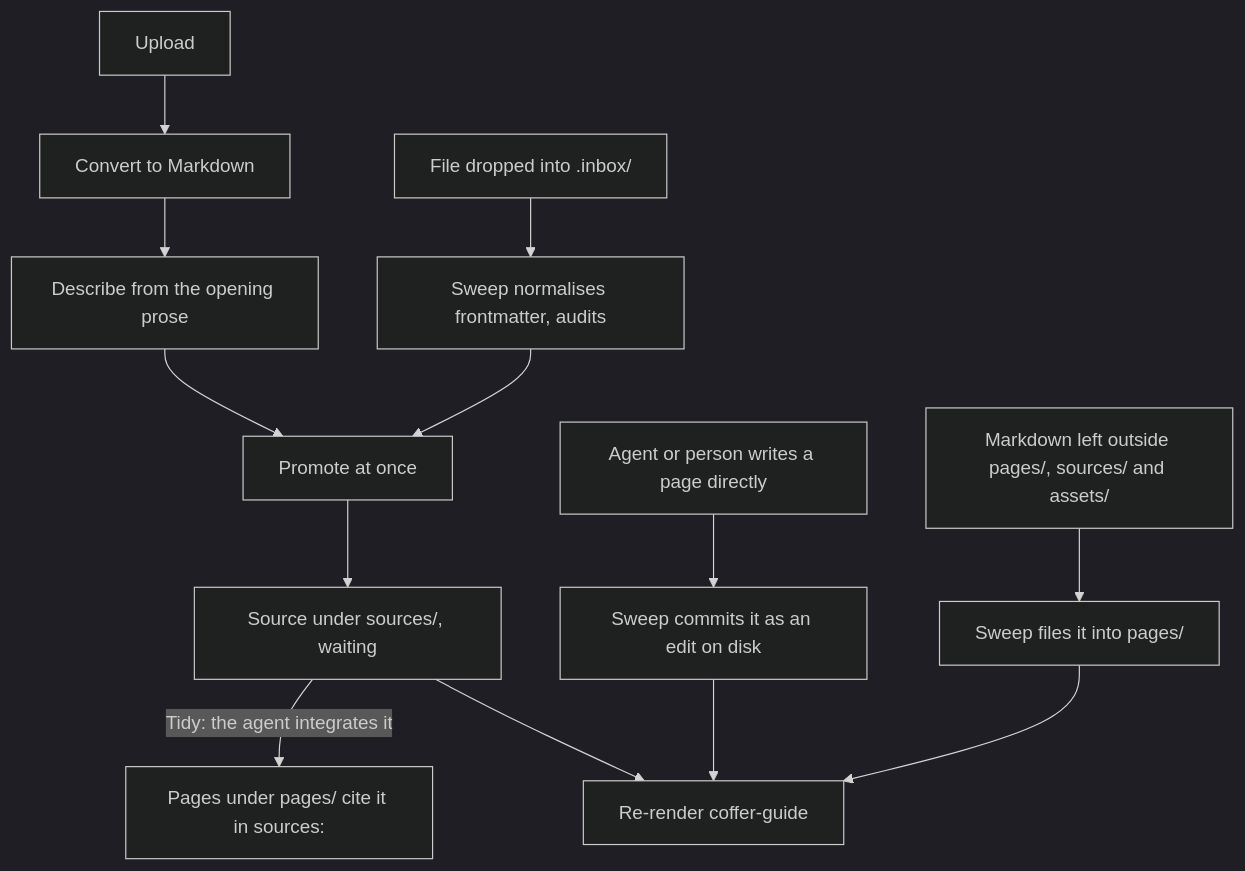
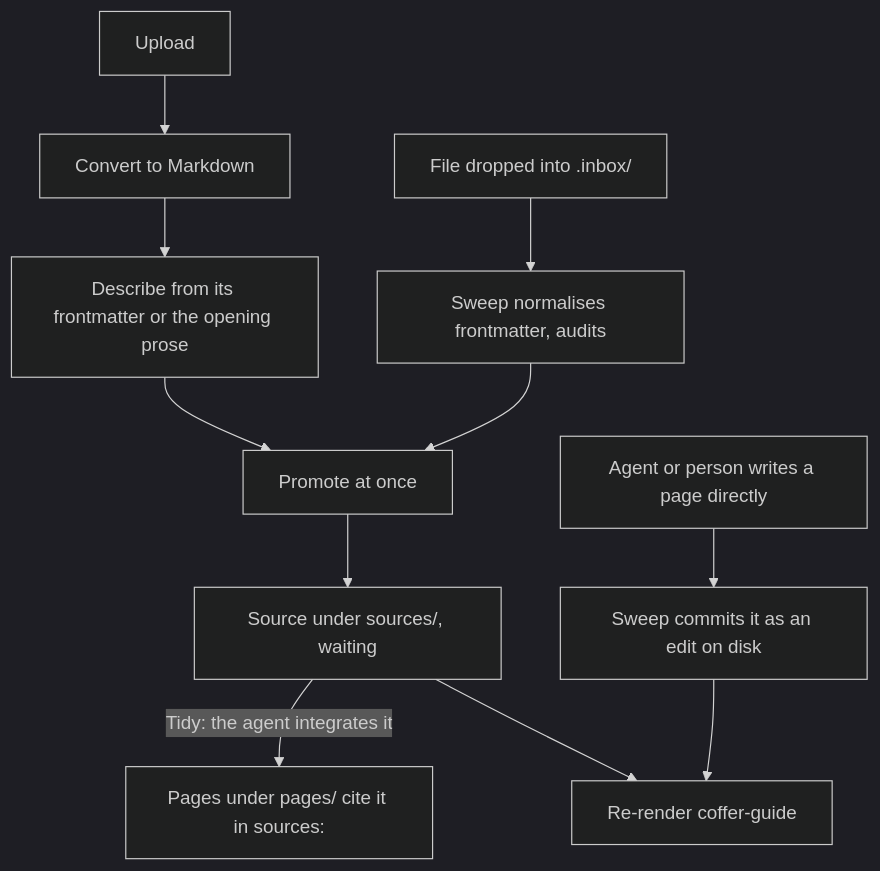
The first of 3 diagrams in docs-site/architecture/knowledge.md (wyx-sg/Coffer), drawn with Mermaid (dark theme) before and after one commit. The commit also changed other lines of this file and 122 other files, not shown here.

First line of the commit message:
fix(knowledge): keep files where their writer put them; import Confluence pages as readable sources (#674)

````diff
--- a/docs-site/architecture/knowledge.md
+++ b/docs-site/architecture/knowledge.md
@@ -139,15 +170,13 @@
 ```mermaid
 flowchart TD
   U["Upload"] --> C["Convert to Markdown"]
-  C --> D["Describe from the opening prose"]
+  C --> D["Describe from its frontmatter or the opening prose"]
   D --> S["Promote at once"]
   W["File dropped into .inbox/"] --> N["Sweep normalises frontmatter, audits"]
   N --> S
   S --> SRC["Source under sources/, waiting"]
   SRC -->|Tidy: the agent integrates it| P["Pages under pages/ cite it in sources:"]
   E["Agent or person writes a page directly"] --> DISK["Sweep commits it as an edit on disk"]
-  L["Markdown left outside pages/, sources/ and assets/"] --> M["Sweep files it into pages/"]
   SRC --> G["Re-render coffer-guide"]
   DISK --> G
-  M --> G
 ```
````
